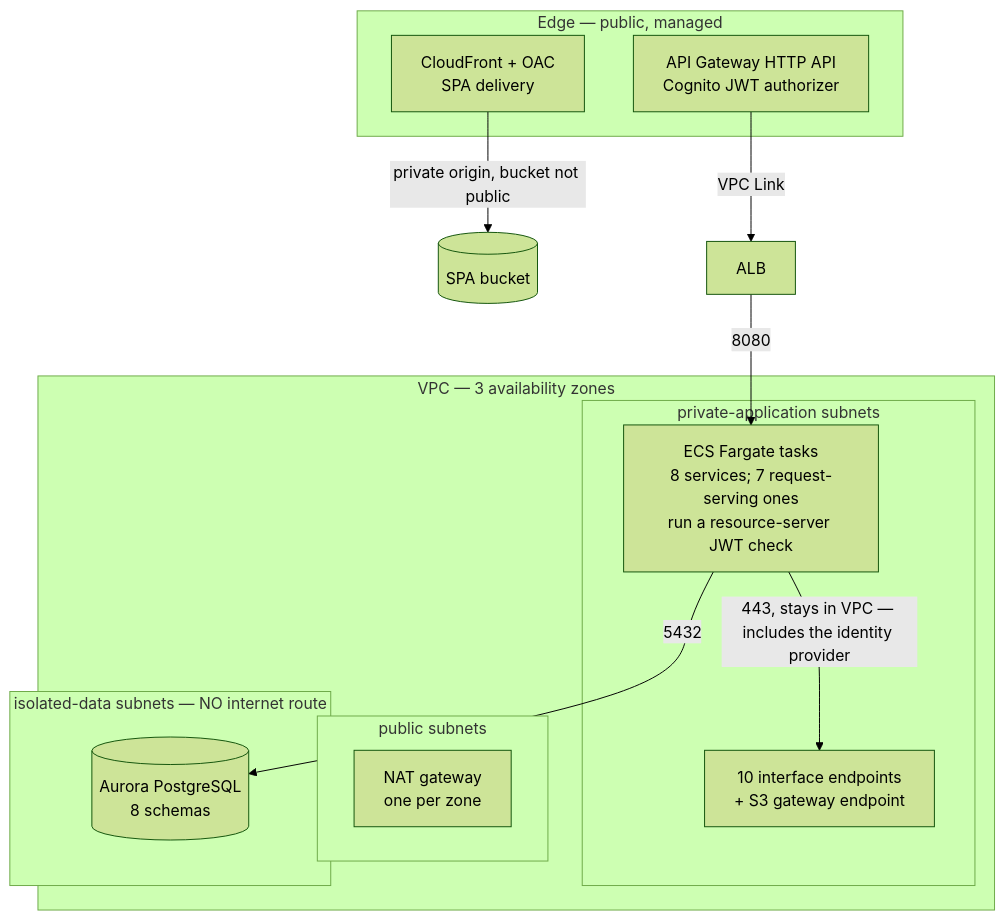
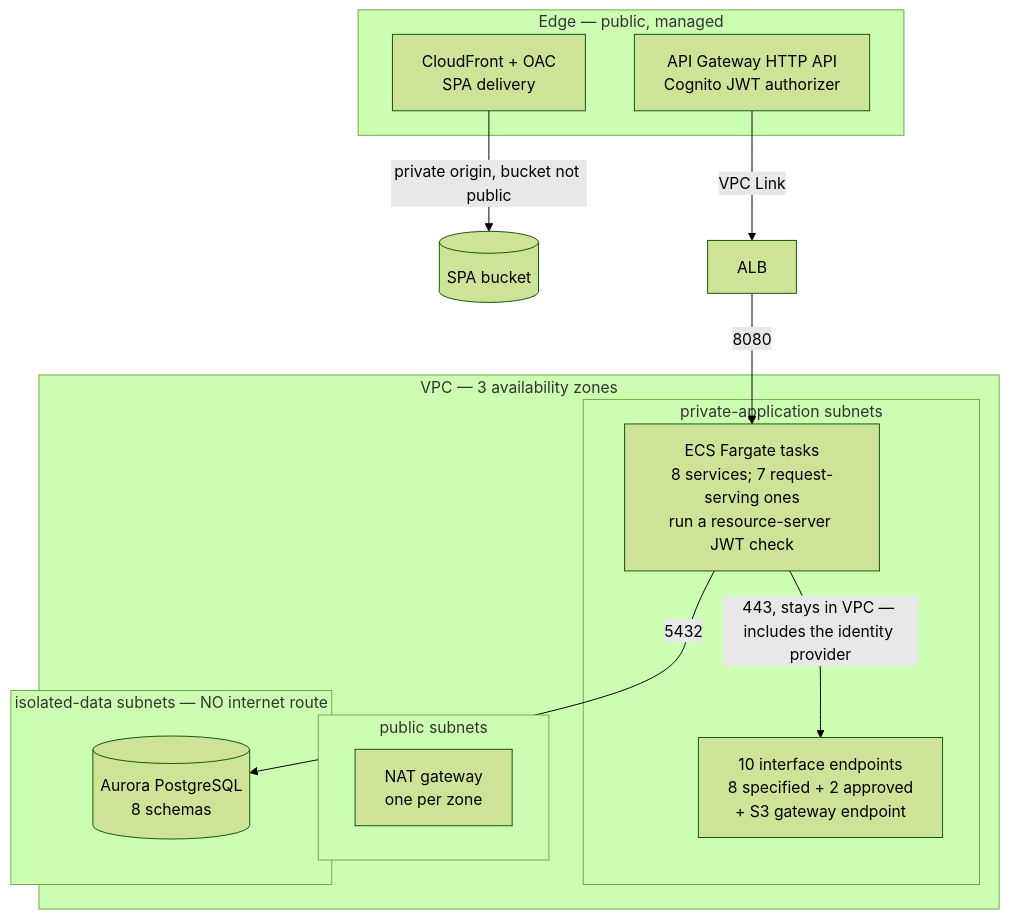
One commit to Blitzy-LocalStack/aws-mainframe-modernization-carddemo changed the diagram in docs/adr/ADR-008-security-and-identity.md. Above: the diagram before and after it, drawn with Mermaid (forest theme). The commit also changed other lines of this file and 106 other files, not shown here.

````diff
--- a/docs/adr/ADR-008-security-and-identity.md
+++ b/docs/adr/ADR-008-security-and-identity.md
@@ -195,36 +195,36 @@
 ```mermaid
 graph TB
     subgraph EDGE["Edge — public, managed"]
         CF["CloudFront + OAC<br/>SPA delivery"]
         AG["API Gateway HTTP API<br/>Cognito JWT authorizer"]
     end
 
     subgraph VPC["VPC — 3 availability zones"]
         subgraph PUB["public subnets"]
             NAT["NAT gateway<br/>one per zone"]
         end
         subgraph APP["private-application subnets"]
             TASK["ECS Fargate tasks<br/>8 services; 7 request-serving ones<br/>run a resource-server JWT check"]
-            VPCE["10 interface endpoints<br/>+ S3 gateway endpoint"]
+            VPCE["10 interface endpoints<br/>8 specified + 2 approved<br/>+ S3 gateway endpoint"]
         end
         subgraph DATA["isolated-data subnets — NO internet route"]
             DB[("Aurora PostgreSQL<br/>8 schemas")]
         end
     end
 
     CF -->|"private origin, bucket not public"| S3[("SPA bucket")]
     AG -->|"VPC Link"| ALB
     ALB -->|"8080"| TASK
     TASK -->|"5432"| DB
     TASK -->|"443, stays in VPC — includes the identity provider"| VPCE
 %% ⚠️ Refactoring Rationale: a dashed TASK -.-> NAT edge stood here, labelled "443,
 %% identity provider (opt-in, off by default)", on the reading that the identity
 %% provider had no interface endpoint. It has one -- cognito-idp is in the exact
 %% endpoint set -- and the opt-in egress rule that edge depicted is withdrawn from
 %% infra/modules/network, along with the input that created it. The edge is REMOVED
 %% rather than redrawn, because a task has no permitted path to NAT at all: the
 %% application group's egress is enumerated and no rule in it names an internet
 %% destination.
 %% All AWS API traffic leaves through VPCE, not NAT. NO application task reaches NAT.
 %% The data tier has no NAT association at all — that absence is the control.
 ```
````
